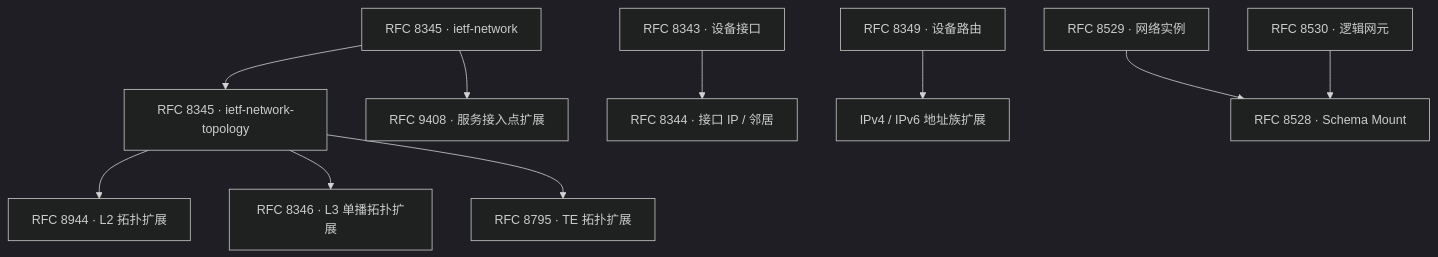
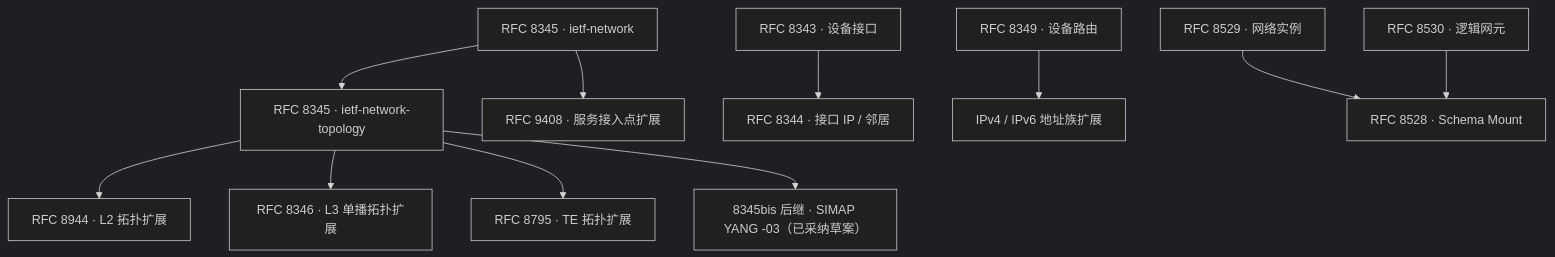
The diagram in docs/network-digital-twin-ietf-study.md (wd33757115/NetOps-Agent), drawn with Mermaid (dark theme) before and after one commit. The commit also changed other lines of this file and 1 other file, not shown here.

Commit message:
docs(topology): adopt RFC8345bis successor SIMAP draft

````diff
--- a/docs/network-digital-twin-ietf-study.md
+++ b/docs/network-digital-twin-ietf-study.md
@@ -11,12 +13,13 @@
 ```mermaid
 flowchart TD
     NW["RFC 8345 · ietf-network"] --> NT["RFC 8345 · ietf-network-topology"]
     NT --> L2["RFC 8944 · L2 拓扑扩展"]
     NT --> L3["RFC 8346 · L3 单播拓扑扩展"]
     NT --> TE["RFC 8795 · TE 拓扑扩展"]
+    NT --> SIMAP["8345bis 后继 · SIMAP YANG -03（已采纳草案）"]
     NW --> SAP["RFC 9408 · 服务接入点扩展"]
     IF["RFC 8343 · 设备接口"] --> IP["RFC 8344 · 接口 IP / 邻居"]
     RT["RFC 8349 · 设备路由"] --> AF["IPv4 / IPv6 地址族扩展"]
     NI["RFC 8529 · 网络实例"] --> MOUNT["RFC 8528 · Schema Mount"]
     LNE["RFC 8530 · 逻辑网元"] --> MOUNT
 ```
````
